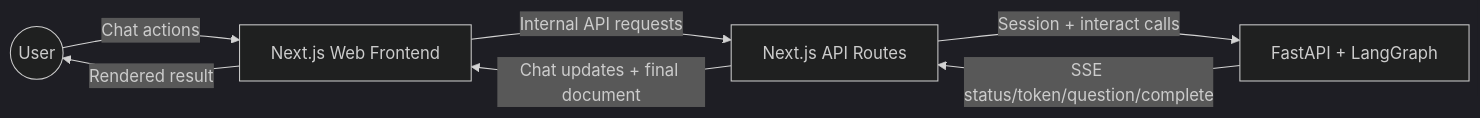
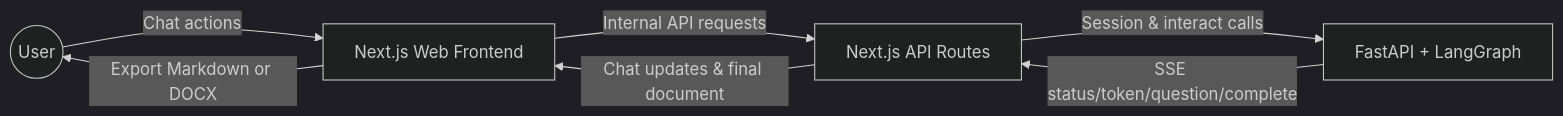
The first of 3 diagrams in documentation/dataflow_diagram.md (Ta1al/automated-SRS-generator), drawn with Mermaid (dark theme) before and after one commit. The commit also changed other lines of this file and 3 other files, not shown here.

Commit message:
feat: update documentation to include DOCX export process and related components

````diff
--- a/documentation/dataflow_diagram.md
+++ b/documentation/dataflow_diagram.md
@@ -5,9 +5,9 @@
 ```mermaid
 graph LR
     User((User)) -->|Chat actions| Frontend["Next.js Web Frontend"]
     Frontend -->|Internal API requests| Api["Next.js API Routes"]
-    Api -->|Session + interact calls| Backend["FastAPI + LangGraph"]
+    Api -->|Session & interact calls| Backend["FastAPI + LangGraph"]
     Backend -->|SSE status/token/question/complete| Api
-    Api -->|Chat updates + final document| Frontend
-    Frontend -->|Rendered result| User
+    Api -->|Chat updates & final document| Frontend
+    Frontend -->|Export Markdown or DOCX| User
 ```
````
